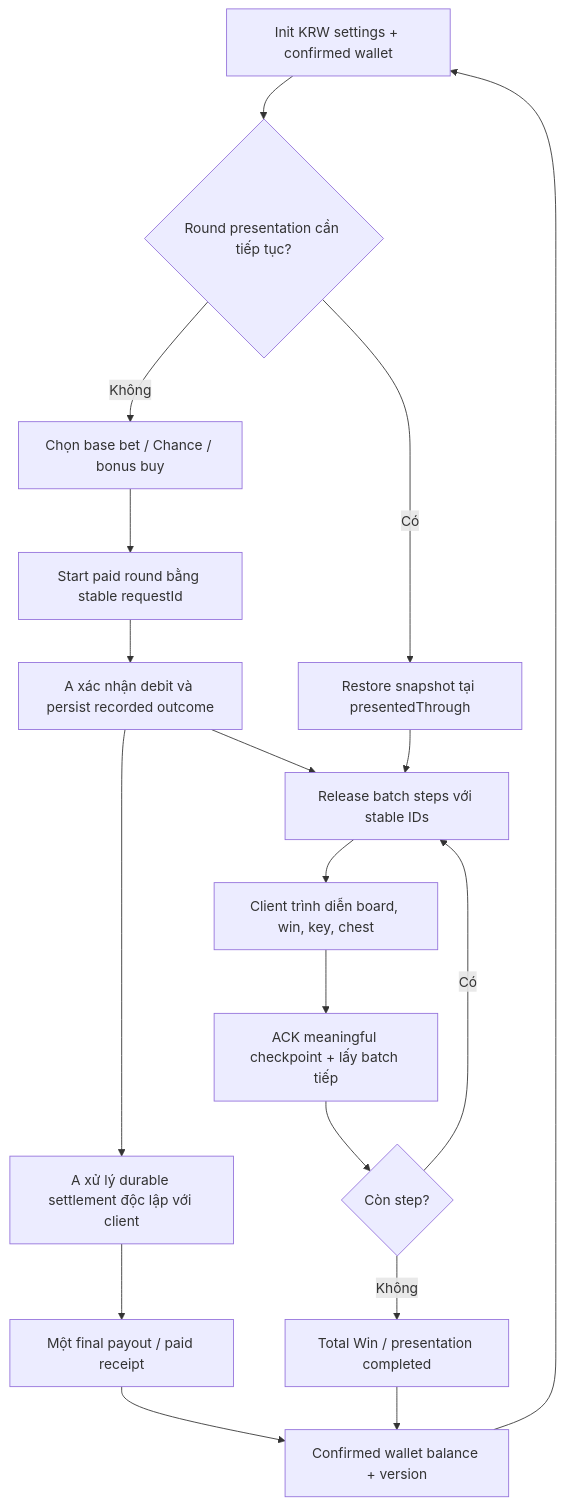
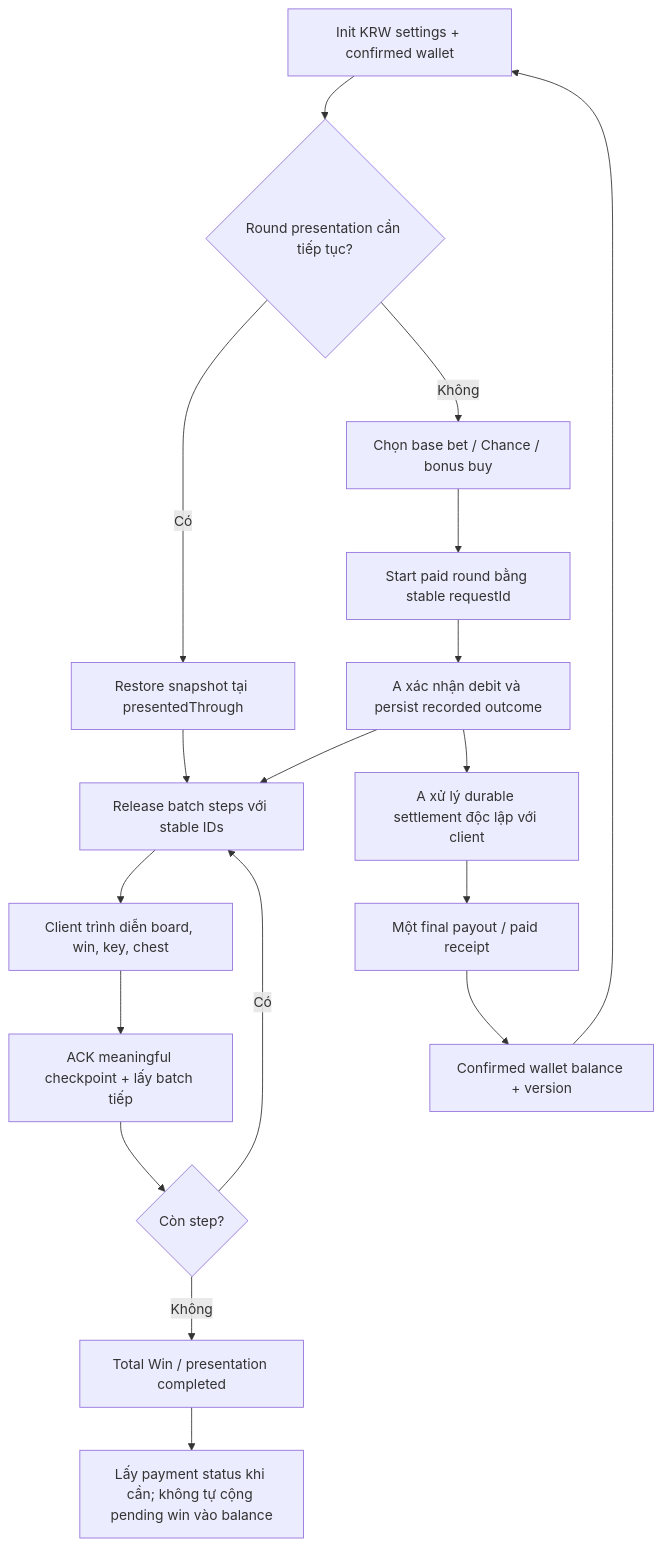
The first of 3 diagrams in docs/backend-requirements-krw-resume-single-settlement.md (phuocthan/TarvernDropTPT), drawn with Mermaid before and after one commit. The commit also changed other lines of this file and 12 other files, not shown here.

````diff
--- a/docs/backend-requirements-krw-resume-single-settlement.md
+++ b/docs/backend-requirements-krw-resume-single-settlement.md
@@ -512,20 +714,20 @@
 ```mermaid
 flowchart TD
     I["Init KRW settings + confirmed wallet"] --> Q{"Round presentation cần tiếp tục?"}
     Q -- Có --> R["Restore snapshot tại presentedThrough"]
     Q -- Không --> B["Chọn base bet / Chance / bonus buy"]
     B --> S["Start paid round bằng stable requestId"]
     S --> A["A xác nhận debit và persist recorded outcome"]
     A --> E["Release batch steps với stable IDs"]
     R --> E
     E --> P["Client trình diễn board, win, key, chest"]
     P --> C["ACK meaningful checkpoint + lấy batch tiếp"]
     C --> N{"Còn step?"}
     N -- Có --> E
     N -- Không --> T["Total Win / presentation completed"]
     A --> W["A xử lý durable settlement độc lập với client"]
     W --> X["Một final payout / paid receipt"]
     X --> V["Confirmed wallet balance + version"]
     V --> I
-    T --> V
+    T --> Y["Lấy payment status khi cần; không tự cộng pending win vào balance"]
 ```
````
